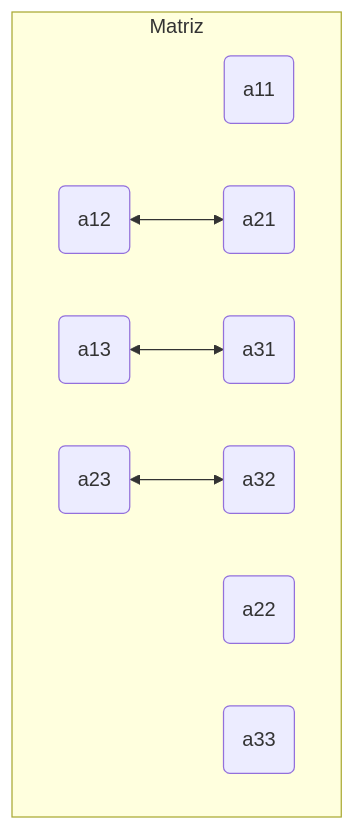
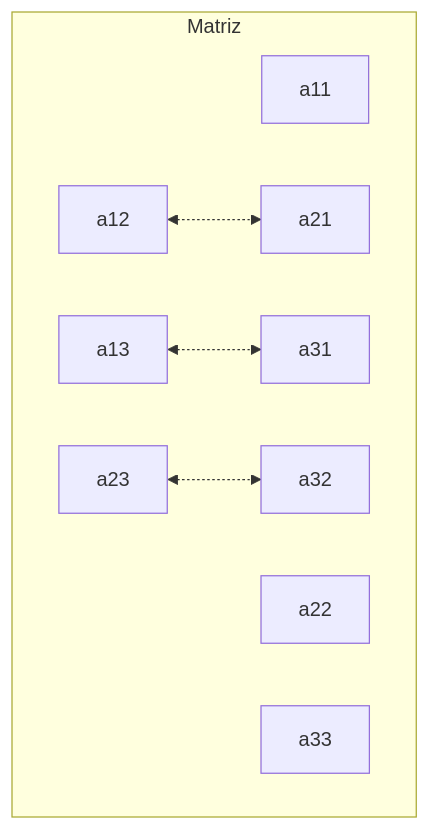
One commit to INGCOM-UNRN-P1/INGCOM-UNRN-P1.github.io changed the third of 3 diagrams in ejercicios/7_matrices.md. Above: the diagram before and after it, drawn with Mermaid. The commit also changed other lines of this file and 2 other files, not shown here.

Commit message:
Diagramas reparados

`````diff
--- a/ejercicios/7_matrices.md
+++ b/ejercicios/7_matrices.md
@@ -426,17 +426,17 @@
 ````{mermaid}
-graph TD
+flowchart TD
     subgraph Matriz
-        A11("a11")
-        A12("a12")
-        A13("a13")
-        A21("a21")
-        A22("a22")
-        A23("a23")
-        A31("a31")
-        A32("a32")
-        A33("a33")
+        A11["a11"]
+        A12["a12"]
+        A13["a13"]
+        A21["a21"]
+        A22["a22"]
+        A23["a23"]
+        A31["a31"]
+        A32["a32"]
+        A33["a33"]
     end
-    A12 <--> A21
-    A13 <--> A31
-    A23 <--> A32
+    A12 <-.-> A21
+    A13 <-.-> A31
+    A23 <-.-> A32
 ````
`````
